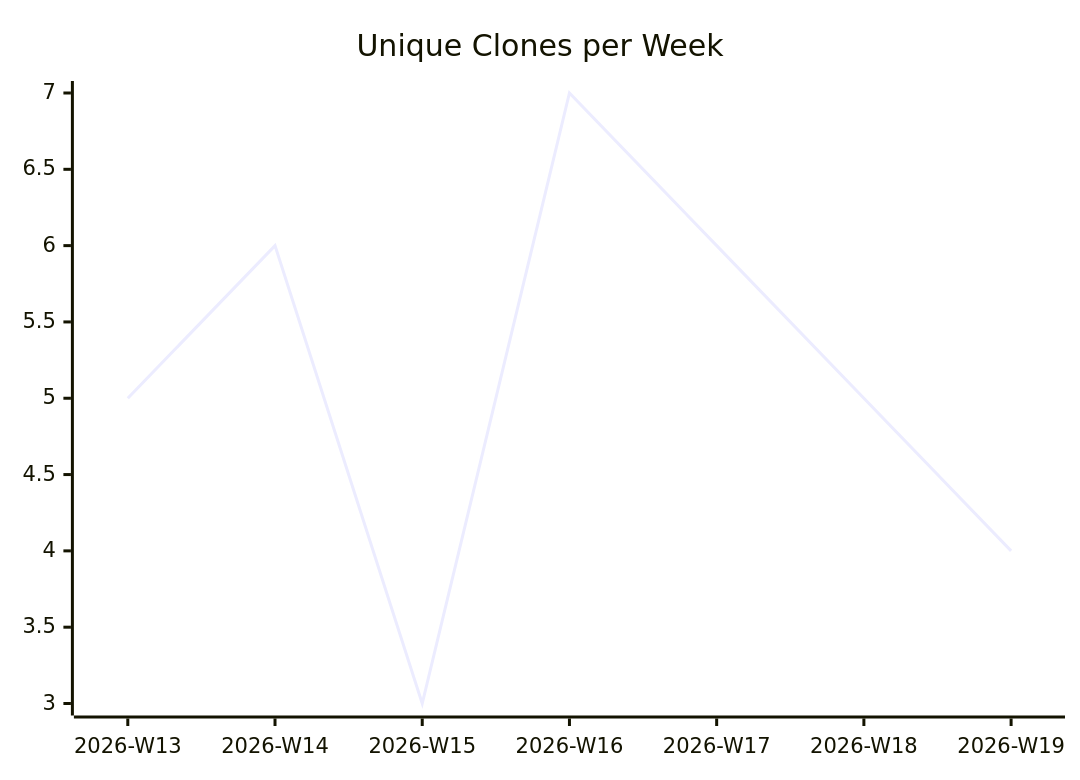
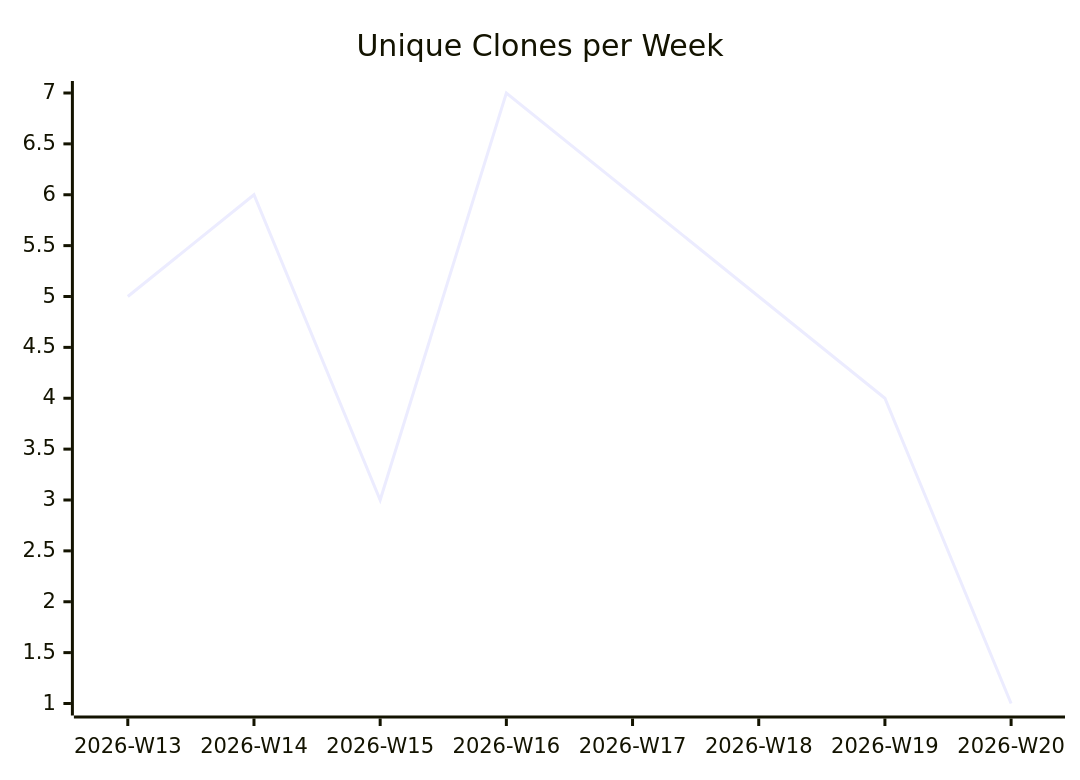
Before and after one commit to justdavis-family/github-analytics-data: the third of 3 diagrams in karlmdavis/kxml2/README.md, drawn with Mermaid. The commit also changed other lines of this file and 176 other files, not shown here.

````diff
--- a/karlmdavis/kxml2/README.md
+++ b/karlmdavis/kxml2/README.md
@@ -19,6 +19,6 @@
 ```mermaid
 xychart-beta
   title "Unique Clones per Week"
-  x-axis ["2026-W13", "2026-W14", "2026-W15", "2026-W16", "2026-W17", "2026-W18", "2026-W19"]
-  line [5, 6, 3, 7, 6, 5, 4]
+  x-axis ["2026-W13", "2026-W14", "2026-W15", "2026-W16", "2026-W17", "2026-W18", "2026-W19", "2026-W20"]
+  line [5, 6, 3, 7, 6, 5, 4, 1]
 ```
````
